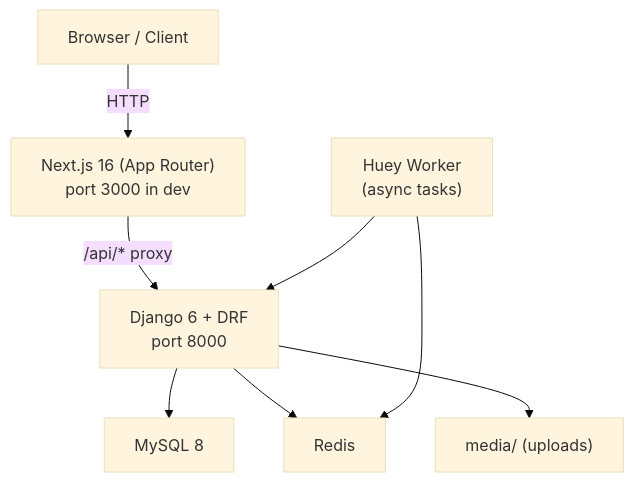
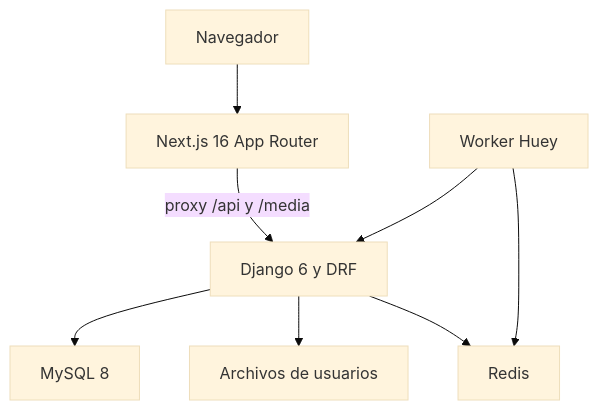
One commit to gustavop-dev/mimittos_project changed the first of 2 diagrams in docs/methodology/architecture.md. Above: the diagram before and after it, drawn with Mermaid (base theme). The commit also changed other lines of this file and 23 other files, not shown here.

````diff
--- a/docs/methodology/architecture.md
+++ b/docs/methodology/architecture.md
@@ -12,18 +12,10 @@
 ```mermaid
 graph TD
-    Browser["Browser / Client"]
-    NextJS["Next.js 16 (App Router)\nport 3000 in dev"]
-    Django["Django 6 + DRF\nport 8000"]
-    MySQL["MySQL 8"]
-    Redis["Redis"]
-    Huey["Huey Worker\n(async tasks)"]
-    Media["media/ (uploads)"]
-
-    Browser -->|HTTP| NextJS
-    NextJS -->|/api/* proxy| Django
-    Django --> MySQL
-    Django --> Redis
-    Django --> Media
-    Huey --> Django
+    Browser[Navegador] --> NextJS[Next.js 16 App Router]
+    NextJS -->|proxy /api y /media| Django[Django 6 y DRF]
+    Django --> MySQL[MySQL 8]
+    Django --> Media[Archivos de usuarios]
+    Django --> Redis[Redis]
+    Huey[Worker Huey] --> Django
     Huey --> Redis
 ```
````
